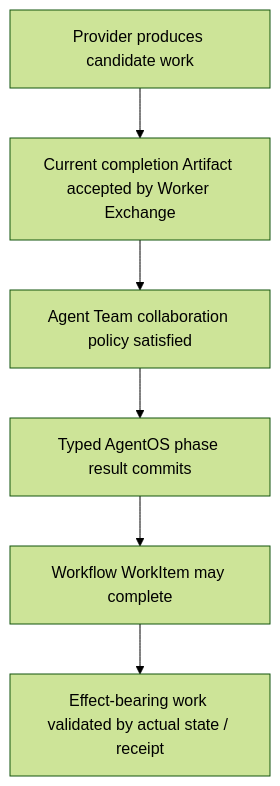
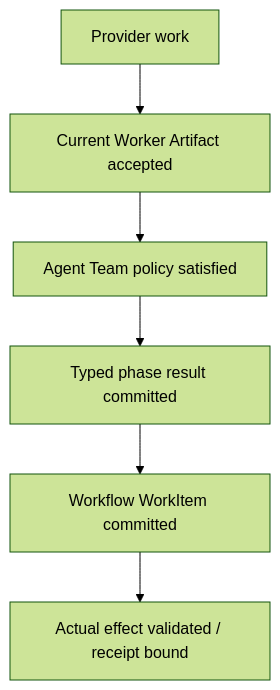
The sixth of 6 diagrams in docs/architecture/README.md (tsuuanmi/AgentOS), drawn with Mermaid (forest theme) before and after one commit. The commit also changed other lines of this file, not shown here.

Commit message:
docs: define AgentOS plugin-of-plugins architecture

```diff
--- a/docs/architecture/README.md
+++ b/docs/architecture/README.md
@@ -336,12 +396,12 @@
 ~~~mermaid
 flowchart TB
-    OUT[Provider produces candidate work]
-    ART[Current completion Artifact accepted by Worker Exchange]
-    TEAM[Agent Team collaboration policy satisfied]
-    RESULT[Typed AgentOS phase result commits]
-    WORK[Workflow WorkItem may complete]
-    EFFECT[Effect-bearing work validated by actual state / receipt]
+    P[Provider work]
+    A[Current Worker Artifact accepted]
+    C[Agent Team policy satisfied]
+    R[Typed phase result committed]
+    W[Workflow WorkItem committed]
+    E[Actual effect validated / receipt bound]
 
-    OUT --> ART --> TEAM --> RESULT --> WORK
-    WORK --> EFFECT
+    P --> A --> C --> R --> W
+    W --> E
 ~~~
```
